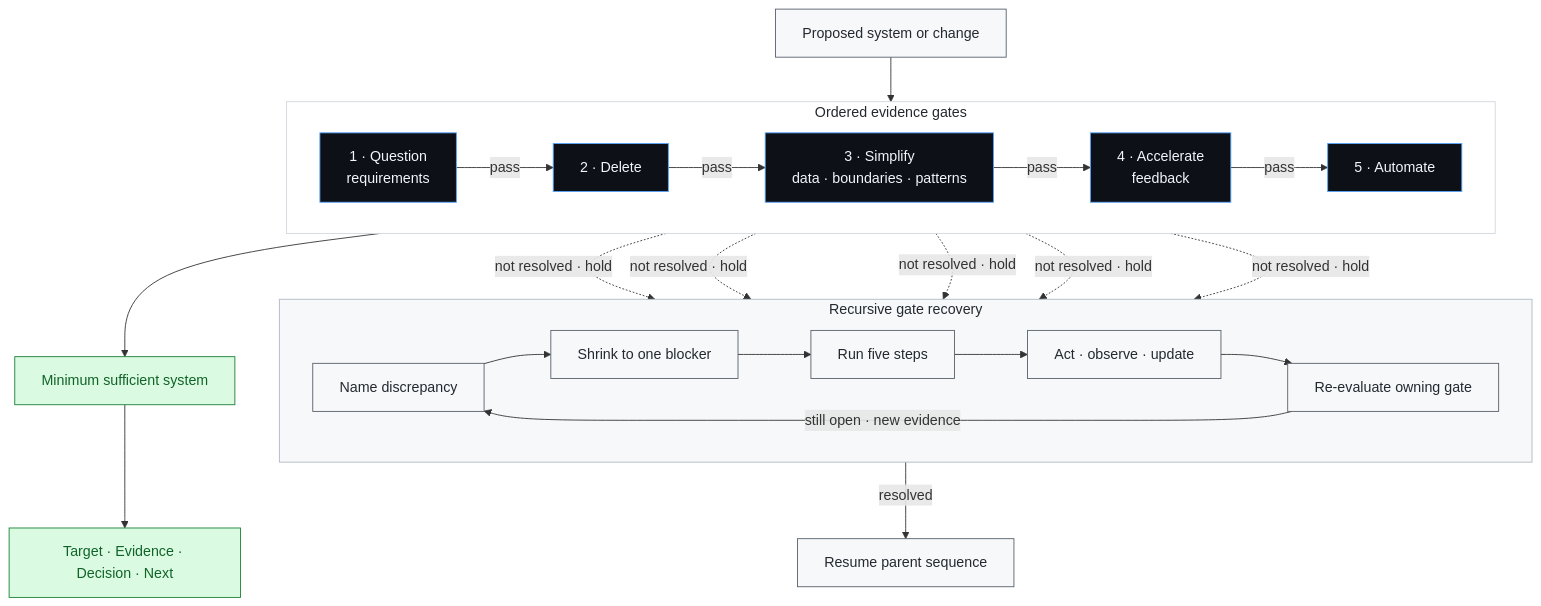
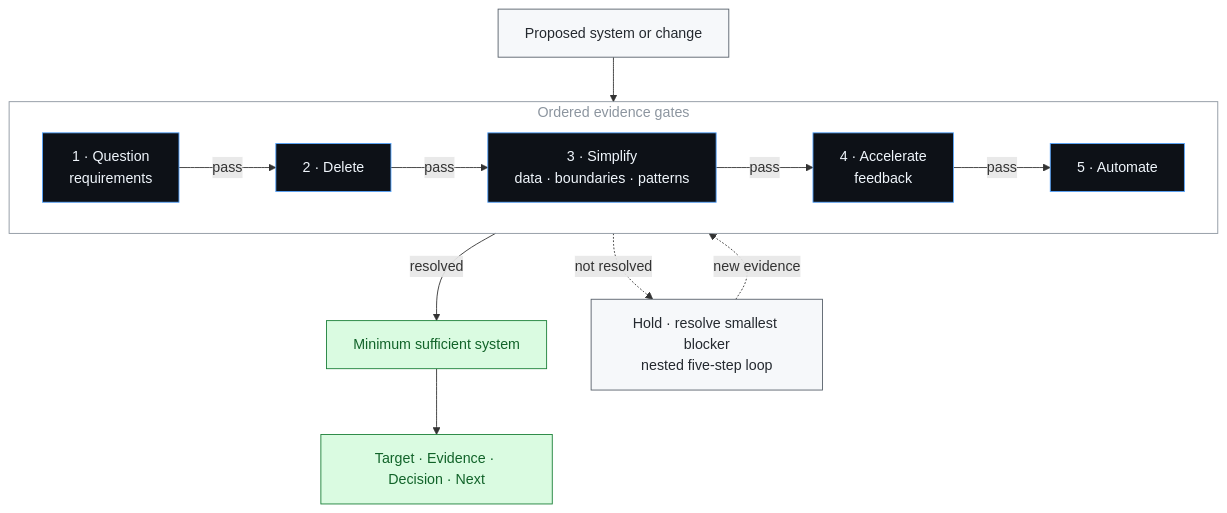
The diagram in README.md (ZepinLi/five-step-engineering), drawn with Mermaid before and after one commit.

Commit message:
Simplify the architecture feedback loop

````diff
--- a/README.md
+++ b/README.md
@@ -12,37 +12,24 @@
 ```mermaid
 flowchart TB
     I["Proposed system or change"]
     subgraph P["Ordered evidence gates"]
         direction LR
         Q["1 · Question<br/>requirements"] -->|"pass"| D["2 · Delete"]
         D -->|"pass"| S["3 · Simplify<br/>data · boundaries · patterns"]
         S -->|"pass"| C["4 · Accelerate<br/>feedback"]
         C -->|"pass"| A["5 · Automate"]
     end
-    I --> Q
-    A --> O["Minimum sufficient system"]
+    I --> P
+    P -->|"resolved"| O["Minimum sufficient system"]
     O --> R["Target · Evidence · Decision · Next"]
-    Q -. "not resolved · hold" .-> H
-    D -. "not resolved · hold" .-> H
-    S -. "not resolved · hold" .-> H
-    C -. "not resolved · hold" .-> H
-    A -. "not resolved · hold" .-> H
-    subgraph L["Recursive gate recovery"]
-        direction LR
-        H["Name discrepancy"] --> B["Shrink to one blocker"]
-        B --> F["Run five steps"]
-        F --> E["Act · observe · update"]
-        E --> G["Re-evaluate owning gate"]
-        G -->|"still open · new evidence"| H
-    end
-    G -->|"resolved"| V["Resume parent sequence"]
+    P -. "not resolved" .-> L["Hold · resolve smallest blocker<br/>nested five-step loop"]
+    L -. "new evidence" .-> P
 
     classDef input fill:#f6f8fa,stroke:#57606a,color:#24292f;
     classDef gate fill:#0d1117,stroke:#58a6ff,color:#f0f6fc;
     classDef result fill:#dafbe1,stroke:#1a7f37,color:#116329;
-    class I,H,B,F,E,G,V input;
+    class I,L input;
     class Q,D,S,C,A gate;
     class O,R result;
-    style P fill:#ffffff,stroke:#d0d7de,color:#24292f;
-    style L fill:#f6f8fa,stroke:#afb8c1,color:#24292f;
+    style P fill:transparent,stroke:#8c959f,color:#8c959f;
 ```
````
